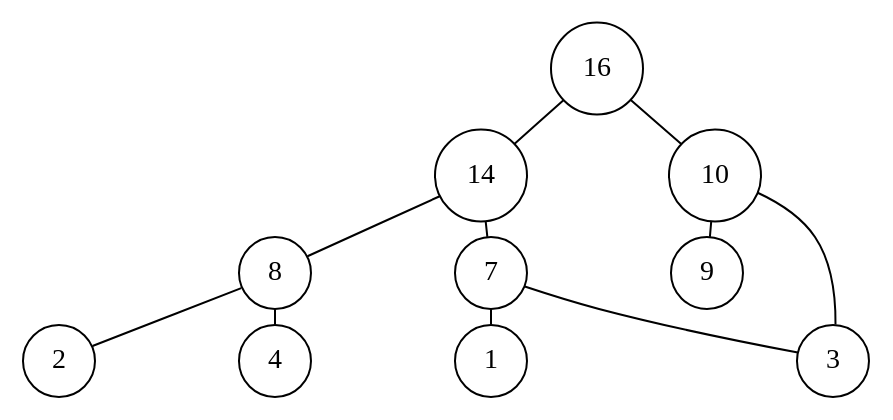
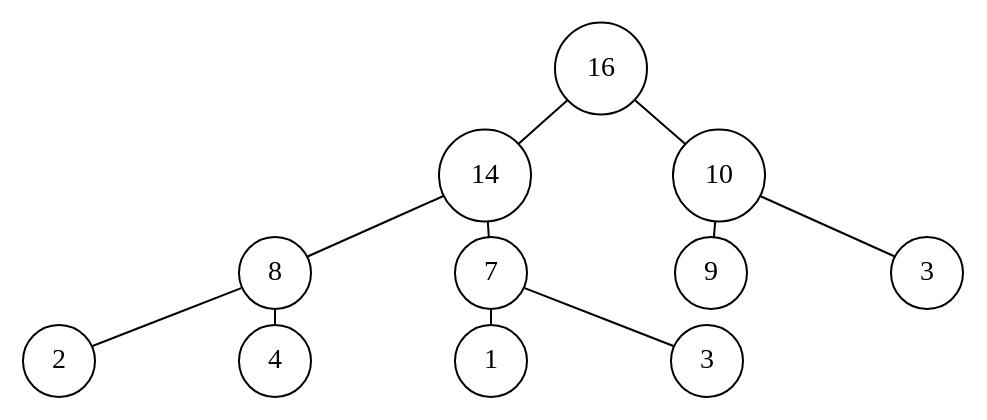
Before and after one commit to fletchto99/CSI2110: the diagram in Assignments/Assignment 2/Graphs/Q2/B/BT2B.gv, drawn with Graphviz. The commit also changed 52 other files, not shown here.

Commit message:
Fix graph of 2B Finish question 3

```diff
--- a/Assignments/Assignment 2/Graphs/Q2/B/BT2B.gv
+++ b/Assignments/Assignment 2/Graphs/Q2/B/BT2B.gv
@@ -1,18 +1,20 @@
 digraph BT2B {
     nodesep=1;
     ranksep=0.1;
     margin=0;
     graph [ordering="out"]
     node [shape=circle];
     edge [arrowsize=0.8, arrowhead=none, arrowtail=none];
+    3.1 [label="3"]; //Special case to allow duplicates
+    3.2 [label="3"]; //Special case to allow duplicates
     16 -> 14;
     16 -> 10;
     14 -> 8;
     14 -> 7;
     10 -> 9;
-    10 -> 3;
+    10 -> 3.1;
     8 -> 2;
     8 -> 4;
     7 -> 1;
-    7 -> 3;
+    7 -> 3.2;
 }
```
